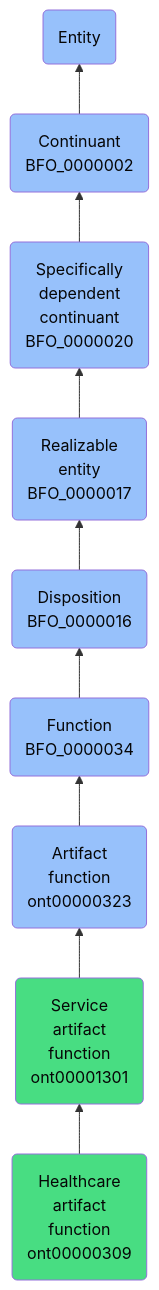
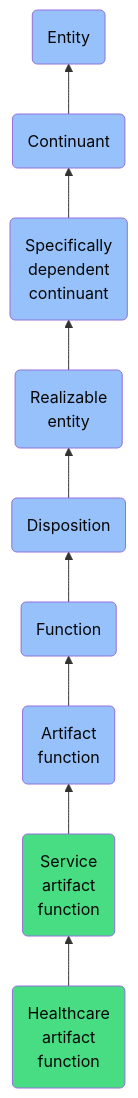
One commit to jupyter-naas/abi changed the diagram in docs/ontology/reference/model/Entity/Continuant/Specifically dependent continuant/Realizable entity/Disposition/Function/Artifact function/Service artifact function/Healthcare artifact function/Healthcare artifact function.md. Above: the diagram before and after it, drawn with Mermaid. The commit also changed other lines of this file and 1430 other files, not shown here.

````diff
--- a/docs/ontology/reference/model/Entity/Continuant/Specifically dependent continuant/Realizable entity/Disposition/Function/Artifact function/Service artifact function/Healthcare artifact function/Healthcare artifact function.md
+++ b/docs/ontology/reference/model/Entity/Continuant/Specifically dependent continuant/Realizable entity/Disposition/Function/Artifact function/Service artifact function/Healthcare artifact function/Healthcare artifact function.md
@@ -24,16 +24,16 @@
 ```mermaid
 graph BT
-    ont00000309(Healthcare<br>artifact<br>function<br>ont00000309):::ABI-->ont00001301
-    ont00001301(Service<br>artifact<br>function<br>ont00001301):::ABI-->ont00000323
-    ont00000323(Artifact<br>function<br>ont00000323):::BFO-->BFO_0000034
-    BFO_0000034(Function<br>BFO_0000034):::BFO-->BFO_0000016
-    BFO_0000016(Disposition<br>BFO_0000016):::BFO-->BFO_0000017
-    BFO_0000017(Realizable<br>entity<br>BFO_0000017):::BFO-->BFO_0000020
-    BFO_0000020(Specifically<br>dependent<br>continuant<br>BFO_0000020):::BFO-->BFO_0000002
-    BFO_0000002(Continuant<br>BFO_0000002):::BFO-->BFO_0000001
+    ont00000309(Healthcare<br>artifact<br>function):::ABI-->ont00001301
+    ont00001301(Service<br>artifact<br>function):::ABI-->ont00000323
+    ont00000323(Artifact<br>function):::BFO-->BFO_0000034
+    BFO_0000034(Function):::BFO-->BFO_0000016
+    BFO_0000016(Disposition):::BFO-->BFO_0000017
+    BFO_0000017(Realizable<br>entity):::BFO-->BFO_0000020
+    BFO_0000020(Specifically<br>dependent<br>continuant):::BFO-->BFO_0000002
+    BFO_0000002(Continuant):::BFO-->BFO_0000001
     BFO_0000001(Entity):::BFO
     
     classDef BFO fill:#97c1fb,color:#060606
     classDef CCO fill:#e4c51e,color:#060606
     classDef ABI fill:#48DD82,color:#060606
 ```
````
